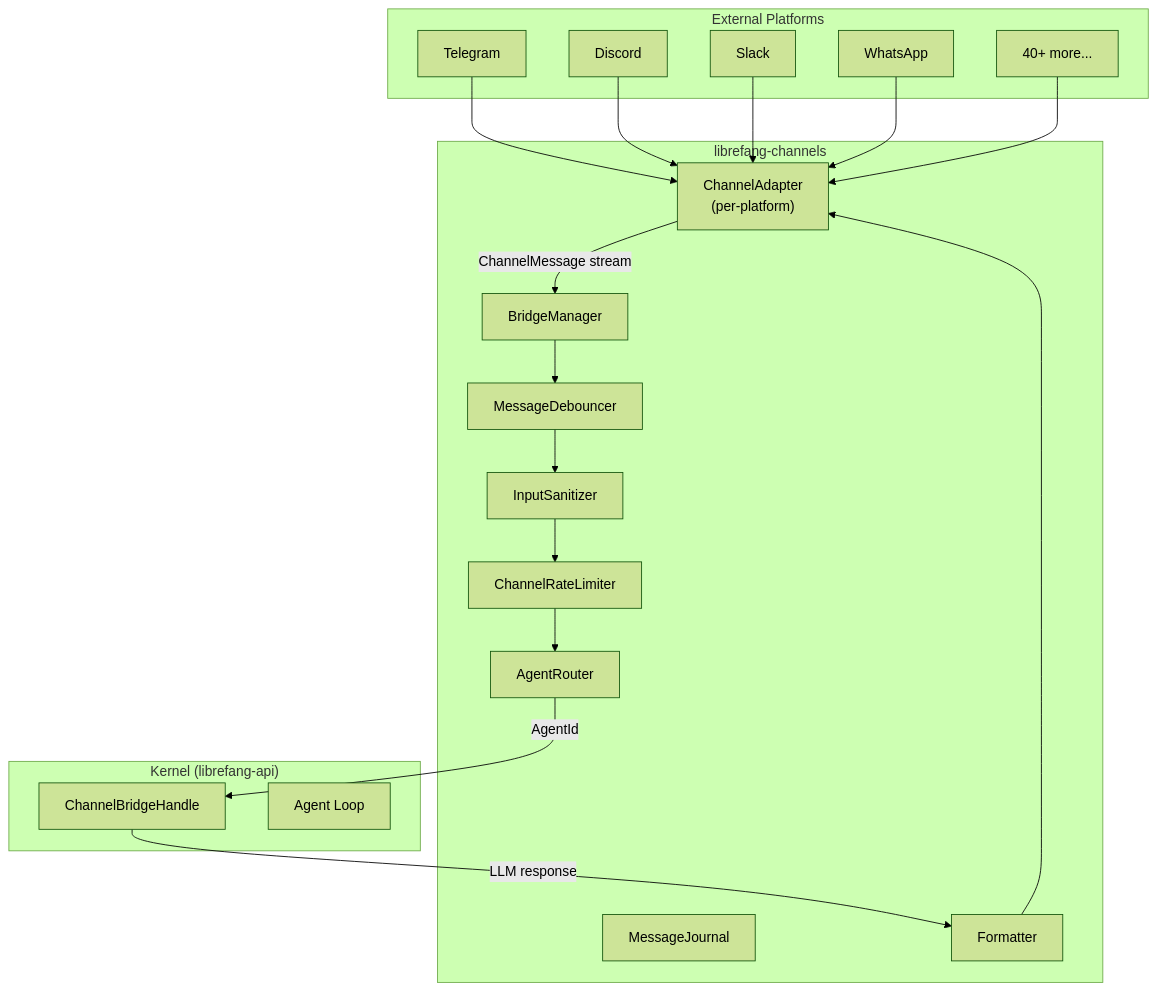
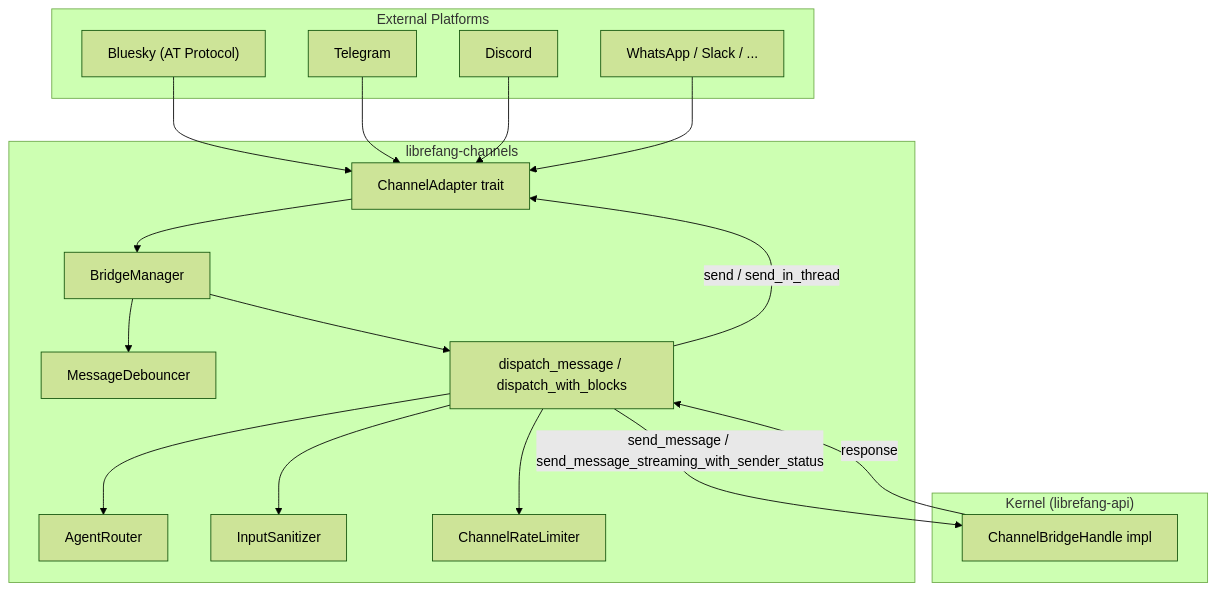
Before and after one commit to leszek3737/librefang-WIki: the diagram in channel-integrations.md, drawn with Mermaid (forest theme). The commit also changed other lines of this file and 93 other files, not shown here.

````diff
--- a/channel-integrations.md
+++ b/channel-integrations.md
@@ -13,41 +11,37 @@
 ```mermaid
 graph TD
     subgraph "External Platforms"
-        TG[Telegram]
-        DC[Discord]
-        SL[Slack]
-        WA[WhatsApp]
-        OTHER["40+ more..."]
+        BLUESKY["Bluesky (AT Protocol)"]
+        TELEGRAM["Telegram"]
+        DISCORD["Discord"]
+        OTHER["WhatsApp / Slack / ..."]
     end
 
     subgraph "librefang-channels"
-        ADAPTER["ChannelAdapter<br/>(per-platform)"]
-        BRIDGE["BridgeManager"]
-        DEBOUNCE["MessageDebouncer"]
-        SANITIZE["InputSanitizer"]
-        RATE["ChannelRateLimiter"]
+        ADAPTER["ChannelAdapter trait"]
+        BM["BridgeManager"]
+        DEB["MessageDebouncer"]
         ROUTER["AgentRouter"]
-        JOURNAL["MessageJournal"]
-        FORMAT["Formatter"]
+        SAN["InputSanitizer"]
+        RL["ChannelRateLimiter"]
+        DISPATCH["dispatch_message / dispatch_with_blocks"]
     end
 
     subgraph "Kernel (librefang-api)"
-        HANDLE["ChannelBridgeHandle"]
-        AGENT["Agent Loop"]
+        HANDLE["ChannelBridgeHandle impl"]
     end
 
-    TG --> ADAPTER
-    DC --> ADAPTER
-    SL --> ADAPTER
-    WA --> ADAPTER
+    BLUESKY --> ADAPTER
+    TELEGRAM --> ADAPTER
+    DISCORD --> ADAPTER
     OTHER --> ADAPTER
-
-    ADAPTER -->|"ChannelMessage stream"| BRIDGE
-    BRIDGE --> DEBOUNCE
-    DEBOUNCE --> SANITIZE
-    SANITIZE --> RATE
-    RATE --> ROUTER
-    ROUTER -->|"AgentId"| HANDLE
-    HANDLE -->|"LLM response"| FORMAT
-    FORMAT --> ADAPTER
+    ADAPTER --> BM
+    BM --> DEB
+    BM --> DISPATCH
+    DISPATCH --> ROUTER
+    DISPATCH --> SAN
+    DISPATCH --> RL
+    DISPATCH -->|send_message / send_message_streaming_with_sender_status| HANDLE
+    HANDLE -->|response| DISPATCH
+    DISPATCH -->|send / send_in_thread| ADAPTER
 ```
````
